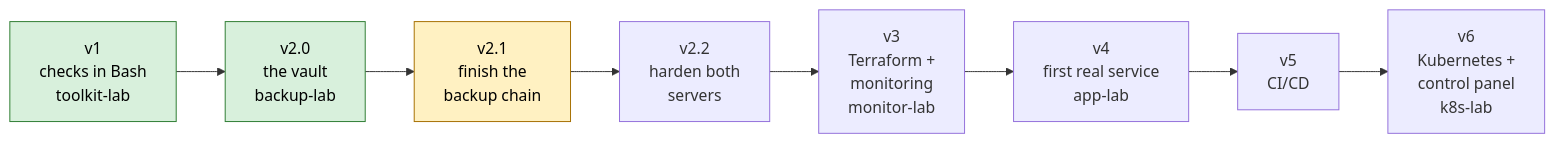
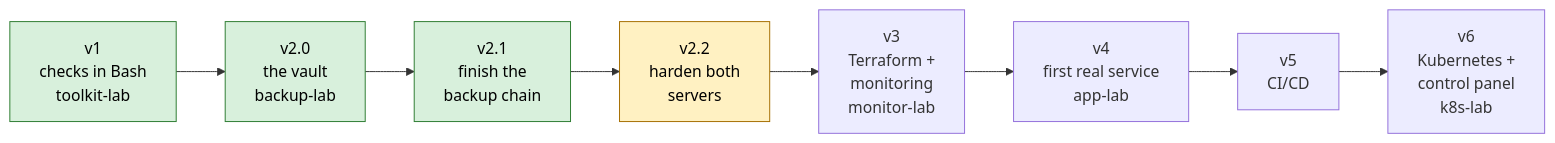
One commit to ghaith-bl/linux-server-toolkit changed the diagram in docs/ROADMAP.md. Above: the diagram before and after it, drawn with Mermaid. The commit also changed other lines of this file and 1 other file, not shown here.

Commit message:
README, ROADMAP: v2.1 is done

````diff
--- a/docs/ROADMAP.md
+++ b/docs/ROADMAP.md
@@ -6,14 +6,14 @@
 ```mermaid
 flowchart LR
     v1["v1<br/>checks in Bash<br/>toolkit-lab"]:::done
     v20["v2.0<br/>the vault<br/>backup-lab"]:::done
-    v21["v2.1<br/>finish the<br/>backup chain"]:::next
-    v22["v2.2<br/>harden both<br/>servers"]
+    v21["v2.1<br/>finish the<br/>backup chain"]:::done
+    v22["v2.2<br/>harden both<br/>servers"]:::next
     v3["v3<br/>Terraform +<br/>monitoring<br/>monitor-lab"]
     v4["v4<br/>first real service<br/>app-lab"]
     v5["v5<br/>CI/CD"]
     v6["v6<br/>Kubernetes +<br/>control panel<br/>k8s-lab"]
     v1 --> v20 --> v21 --> v22 --> v3 --> v4 --> v5 --> v6
     classDef done fill:#d8f0dc,stroke:#2e7d32,color:#000
     classDef next fill:#fff1c2,stroke:#a66f00,color:#000
 ```
````
